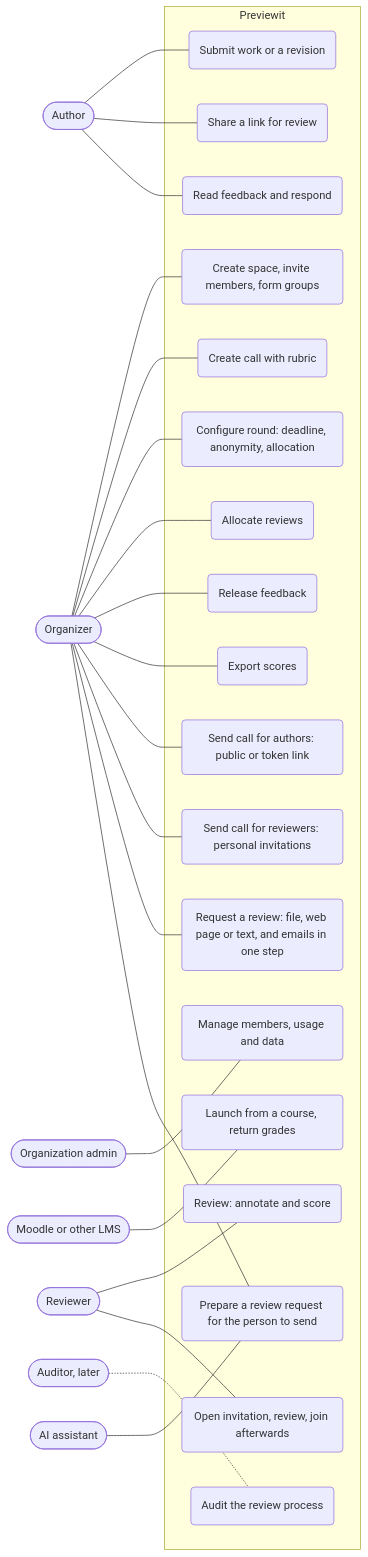
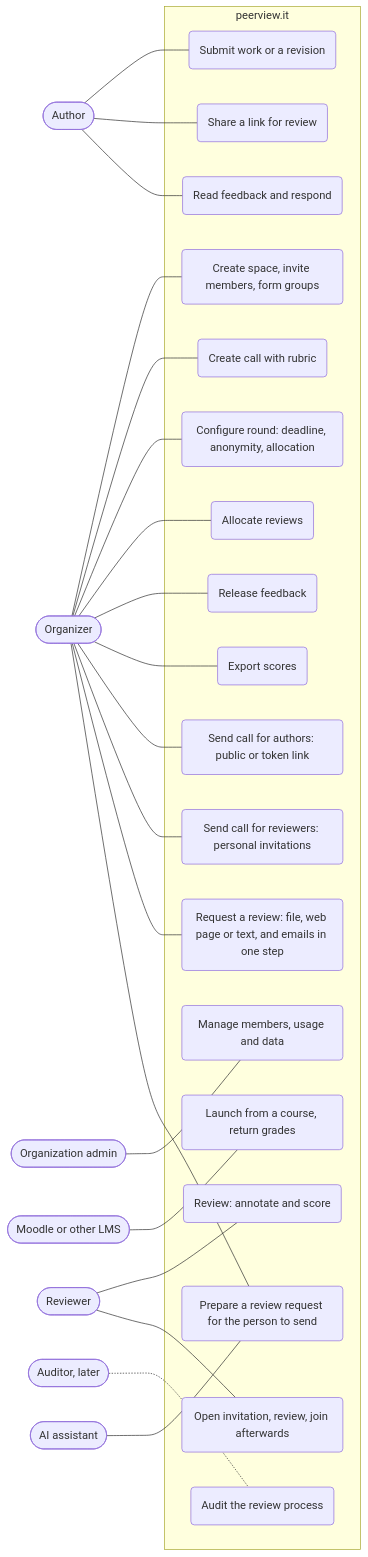
Before and after one commit to jaateixeira/peerview.it: the diagram in docs/uml/use-cases.md, drawn with Mermaid. The commit also changed other lines of this file and 422 other files, not shown here.

````diff
--- a/docs/uml/use-cases.md
+++ b/docs/uml/use-cases.md
@@ -5,40 +5,40 @@
 ```mermaid
 flowchart LR
     ORG([Organizer])
     AUT([Author])
     REV([Reviewer])
     AUD([Auditor, later])
     ADM([Organization admin])
     LMS([Moodle or other LMS])
     AI([AI assistant])
 
-    subgraph Previewit
+    subgraph peerview.it
         UC1("Create space, invite members, form groups")
         UC2("Create call with rubric")
         UC3("Configure round: deadline, anonymity, allocation")
         UC4("Allocate reviews")
         UC5("Release feedback")
         UC6("Export scores")
         UC7("Submit work or a revision")
         UC8("Share a link for review")
         UC9("Read feedback and respond")
         UC10("Review: annotate and score")
         UC11("Manage members, usage and data")
         UC12("Launch from a course, return grades")
         UC13("Send call for authors: public or token link")
         UC14("Send call for reviewers: personal invitations")
         UC15("Open invitation, review, join afterwards")
         UC16("Audit the review process")
         UC17("Request a review: file, web page or text, and emails in one step")
         UC18("Prepare a review request for the person to send")
     end
 
     ORG --- UC1 & UC2 & UC3 & UC4 & UC5 & UC6 & UC13 & UC14 & UC17
     AUT --- UC7 & UC8 & UC9
     REV --- UC10 & UC15
     AUD -.- UC16
     ADM --- UC11
     LMS --- UC12
     AI --- UC18
     ORG --- UC18
 ```
````
